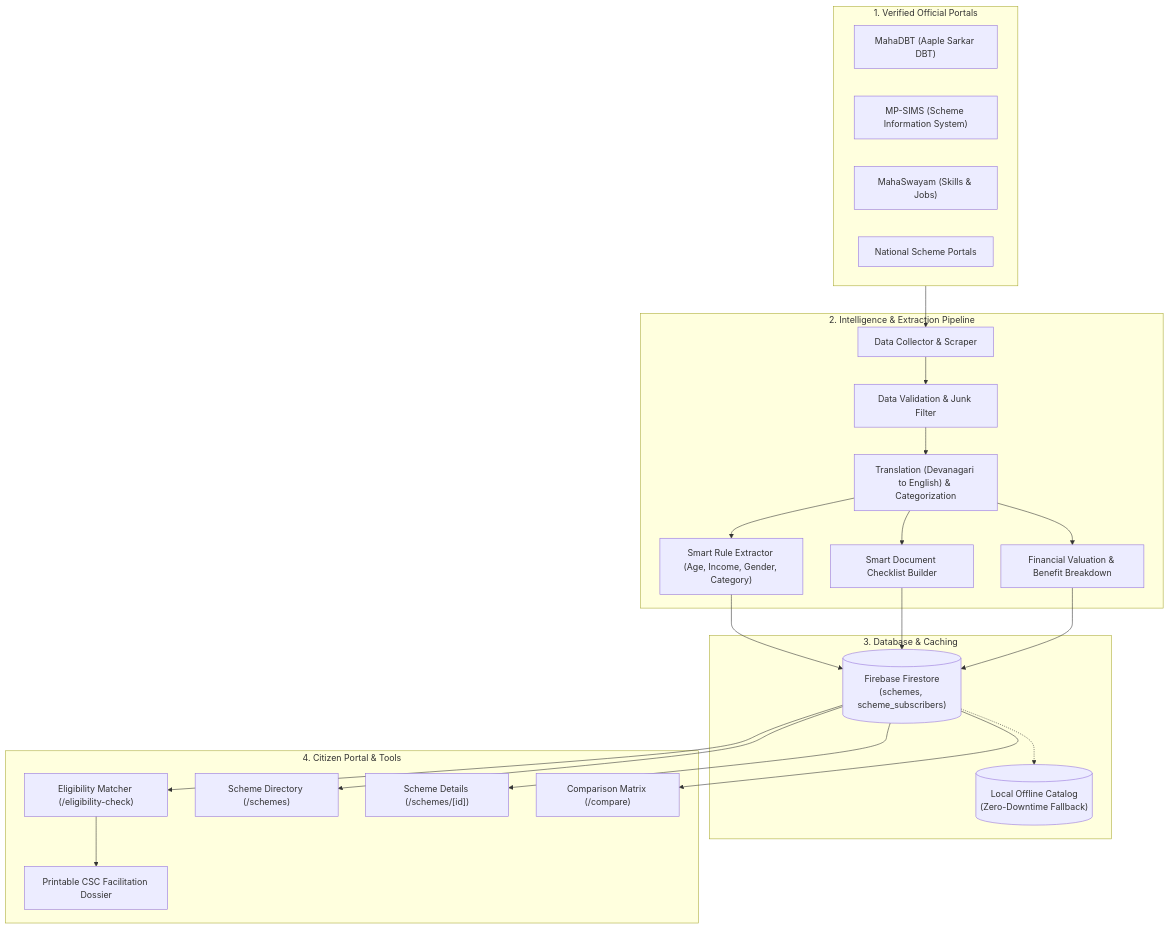
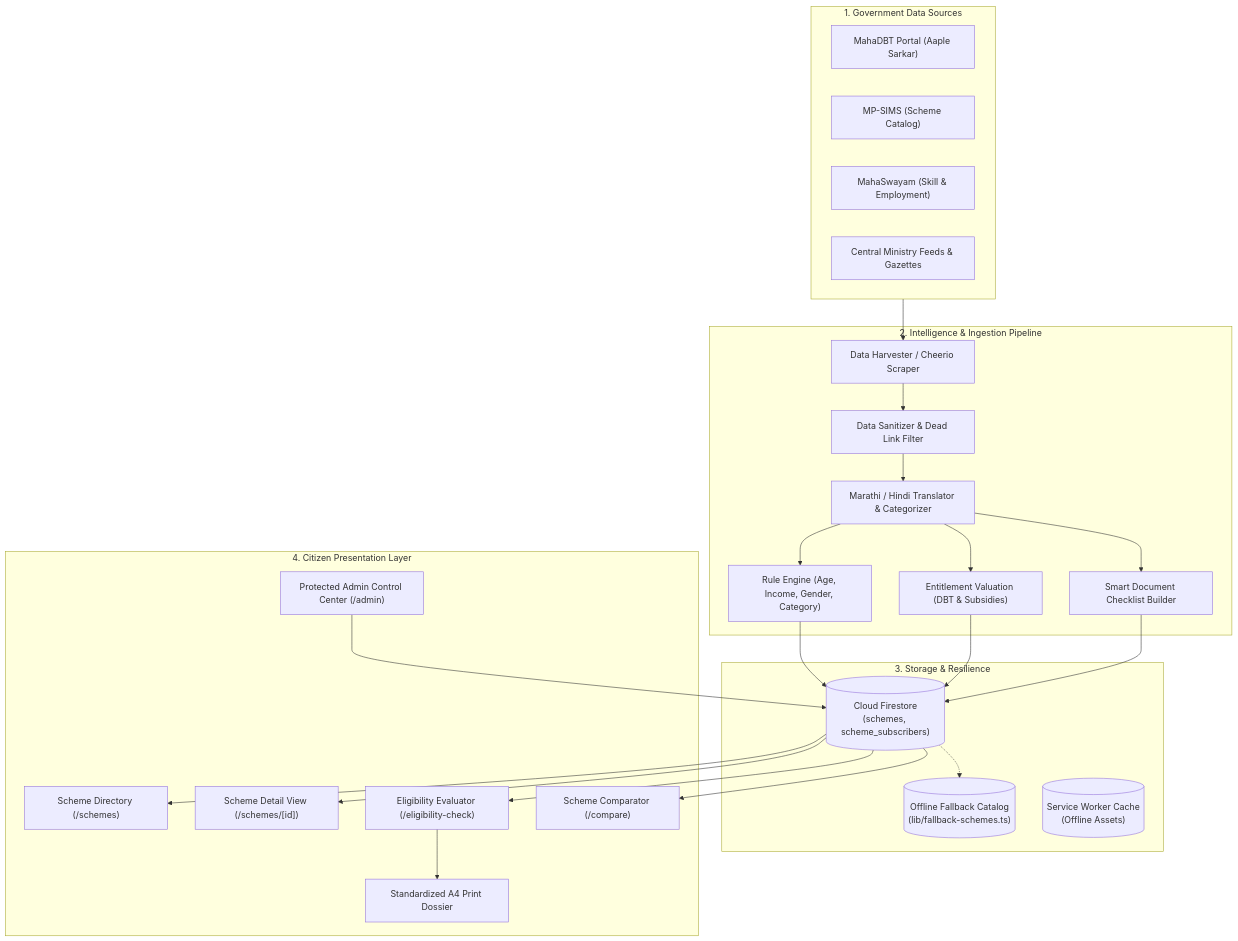
Before and after one commit to PrashantJaybhaye/Digital-Welfare: the diagram in README.md, drawn with Mermaid. The commit also changed other lines of this file and 26 other files, not shown here.

Commit message:
feat: initialize public welfare portal with scheme discovery, eligibility engine, and PWA support

````diff
--- a/README.md
+++ b/README.md
@@ -71,39 +80,41 @@
 ```mermaid
 flowchart TD
-    subgraph Sources [1. Verified Official Portals]
-        MahaDBT["MahaDBT (Aaple Sarkar DBT)"]
-        MPSIMS["MP-SIMS (Scheme Information System)"]
-        Mahaswayam["MahaSwayam (Skills & Jobs)"]
-        CentralGazette["National Scheme Portals"]
+    subgraph Sources [1. Government Data Sources]
+        MahaDBT["MahaDBT Portal (Aaple Sarkar)"]
+        MPSIMS["MP-SIMS (Scheme Catalog)"]
+        MahaSwayam["MahaSwayam (Skill & Employment)"]
+        CentralGazettes["Central Ministry Feeds & Gazettes"]
     end
 
-    subgraph Pipeline [2. Intelligence & Extraction Pipeline]
-        Harvester["Data Collector & Scraper"]
-        Validator["Data Validation & Junk Filter"]
-        Normalizer["Translation (Devanagari to English) & Categorization"]
-        RuleExtractor["Smart Rule Extractor (Age, Income, Gender, Category)"]
+    subgraph Pipeline [2. Intelligence & Ingestion Pipeline]
+        Harvester["Data Harvester / Cheerio Scraper"]
+        Validator["Data Sanitizer & Dead Link Filter"]
+        Normalizer["Marathi / Hindi Translator & Categorizer"]
+        RuleExtractor["Rule Engine (Age, Income, Gender, Category)"]
+        BenefitExtractor["Entitlement Valuation (DBT & Subsidies)"]
         DocExtractor["Smart Document Checklist Builder"]
-        BenefitExtractor["Financial Valuation & Benefit Breakdown"]
     end
 
-    subgraph Storage [3. Database & Caching]
-        Firestore[("Firebase Firestore<br/>(schemes, scheme_subscribers)")]
-        FallbackCatalog[("Local Offline Catalog<br/>(Zero-Downtime Fallback)")]
+    subgraph Datastore [3. Storage & Resilience]
+        Firestore[("Cloud Firestore<br/>(schemes, scheme_subscribers)")]
+        LocalCatalog[("Offline Fallback Catalog<br/>(lib/fallback-schemes.ts)")]
+        SWCache[("Service Worker Cache<br/>(Offline Assets)")]
     end
 
-    subgraph CitizenExperience [4. Citizen Portal & Tools]
-        Matcher["Eligibility Matcher (/eligibility-check)"]
-        Directory["Scheme Directory (/schemes)"]
-        Details["Scheme Details (/schemes/[id])"]
-        Compare["Comparison Matrix (/compare)"]
-        PrintDossier["Printable CSC Facilitation Dossier"]
+    subgraph WebApp [4. Citizen Presentation Layer]
+        CatalogUI["Scheme Directory (/schemes)"]
+        DetailUI["Scheme Detail View (/schemes/[id])"]
+        EngineUI["Eligibility Evaluator (/eligibility-check)"]
+        CompareUI["Scheme Comparator (/compare)"]
+        PrintDossier["Standardized A4 Print Dossier"]
+        AdminUI["Protected Admin Control Center (/admin)"]
     end
 
     Sources --> Harvester --> Validator --> Normalizer
-    Normalizer --> RuleExtractor --> Firestore
-    Normalizer --> DocExtractor --> Firestore
-    Normalizer --> BenefitExtractor --> Firestore
-    Firestore -.-> FallbackCatalog
-    Firestore --> Matcher & Directory & Details & Compare
-    Matcher --> PrintDossier
+    Normalizer --> RuleExtractor & BenefitExtractor & DocExtractor
+    RuleExtractor & BenefitExtractor & DocExtractor --> Firestore
+    Firestore -.-> LocalCatalog
+    Firestore --> CatalogUI & DetailUI & EngineUI & CompareUI
+    EngineUI --> PrintDossier
+    AdminUI --> Firestore
 ```
````
